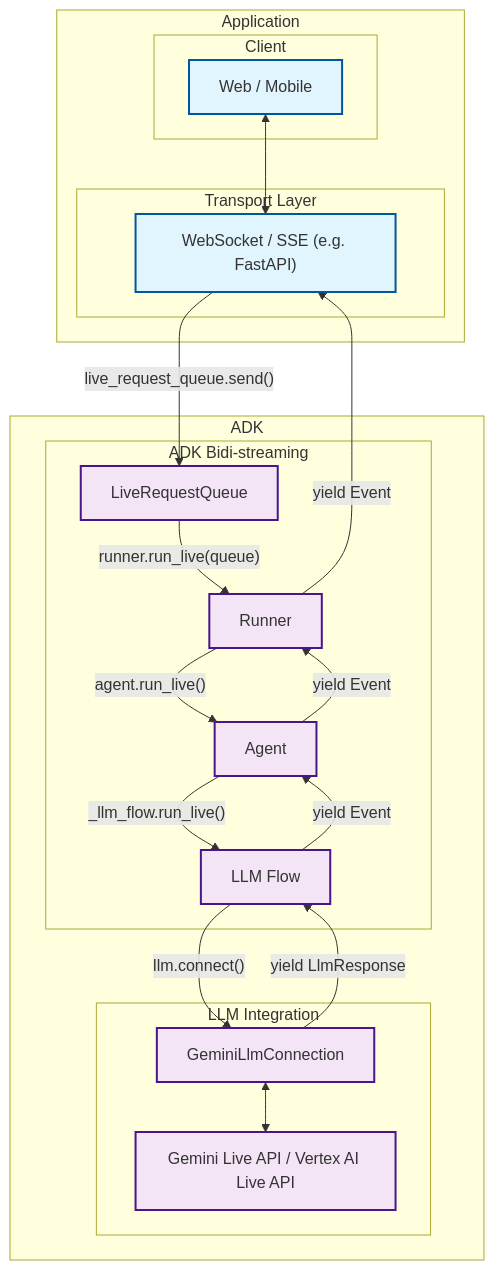
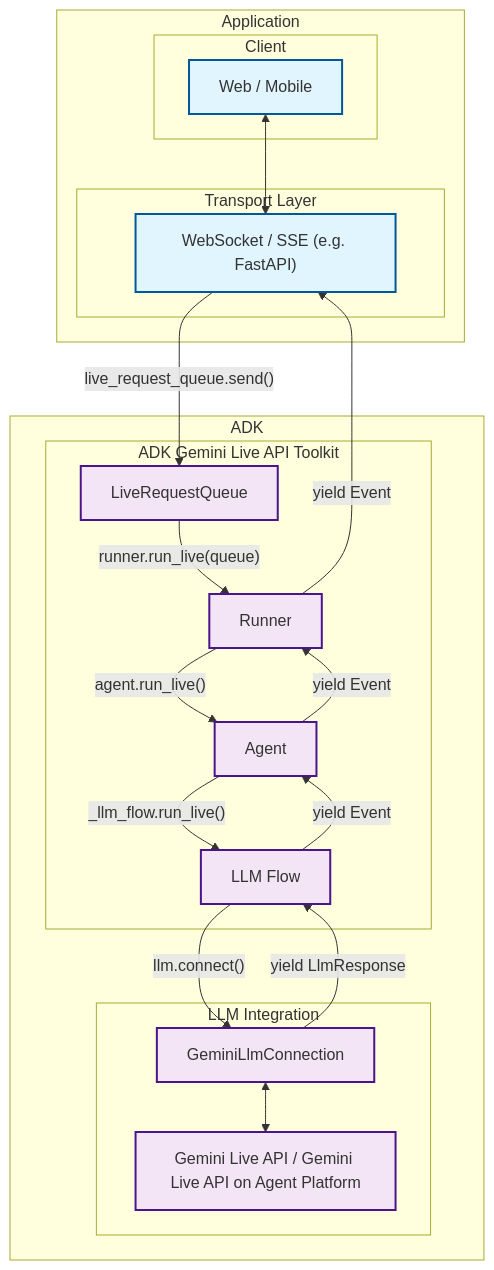
One commit to google/adk-docs changed the second of 4 diagrams in docs/streaming/dev-guide/part1.md. Above: the diagram before and after it, drawn with Mermaid. The commit also changed other lines of this file and 1653 other files, not shown here.

````diff
--- a/docs/streaming/dev-guide/part1.md
+++ b/docs/streaming/dev-guide/part1.md
@@ -258,44 +258,44 @@
 ```mermaid
 graph TB
     subgraph "Application"
         subgraph "Client"
             C1["Web / Mobile"]
         end
 
         subgraph "Transport Layer"
             T1["WebSocket / SSE (e.g. FastAPI)"]
         end
     end
 
     subgraph "ADK"
-        subgraph "ADK Bidi-streaming"
+        subgraph "ADK Gemini Live API Toolkit"
             L1[LiveRequestQueue]
             L2[Runner]
             L3[Agent]
             L4[LLM Flow]
         end
 
         subgraph "LLM Integration"
             G1[GeminiLlmConnection]
-            G2[Gemini Live API / Vertex AI Live API]
+            G2[Gemini Live API / Gemini Live API on Agent Platform]
         end
     end
 
     C1 <--> T1
     T1 -->|"live_request_queue.send()"| L1
     L1 -->|"runner.run_live(queue)"| L2
     L2 -->|"agent.run_live()"| L3
     L3 -->|"_llm_flow.run_live()"| L4
     L4 -->|"llm.connect()"| G1
     G1 <--> G2
     G1 -->|"yield LlmResponse"| L4
     L4 -->|"yield Event"| L3
     L3 -->|"yield Event"| L2
     L2 -->|"yield Event"| T1
 
     classDef external fill:#e1f5fe,stroke:#01579b,stroke-width:2px
     classDef adk fill:#f3e5f5,stroke:#4a148c,stroke-width:2px
 
     class C1,T1 external
     class L1,L2,L3,L4,G1,G2 adk
 ```
````
